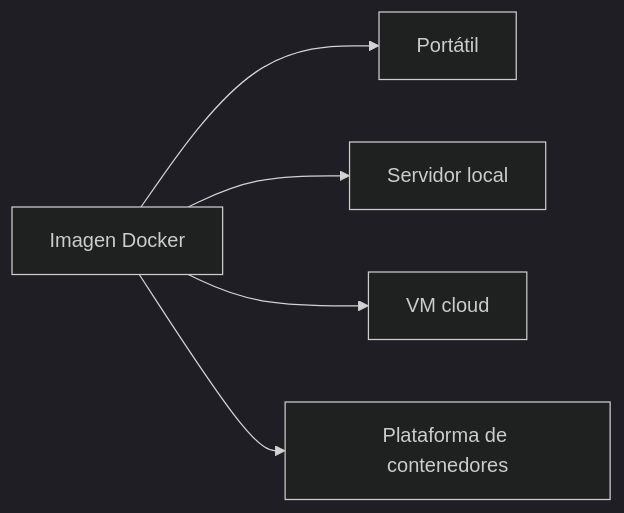
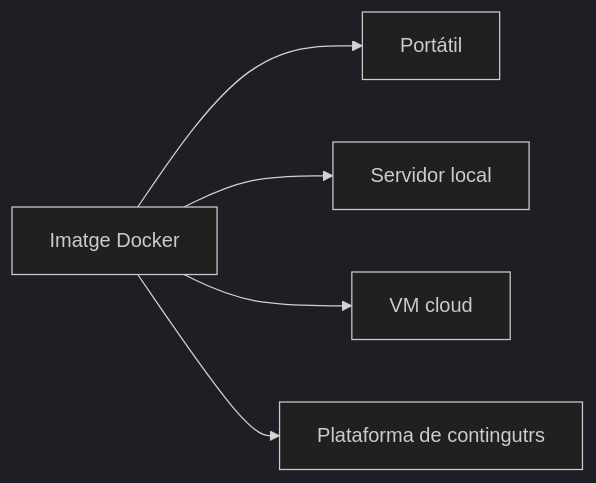
Before and after one commit to jordicido/jordicina: the eighth of 12 diagrams in docs/daw-daw/up3/09-virtualizacion-contenedores-nube.md, drawn with Mermaid (dark theme). The commit also changed other lines of this file and 10 other files, not shown here.

````diff
--- a/docs/daw-daw/up3/09-virtualizacion-contenedores-nube.md
+++ b/docs/daw-daw/up3/09-virtualizacion-contenedores-nube.md
@@ -490,7 +490,7 @@
 ```mermaid
 flowchart LR
-    I["Imagen Docker"] --> L["Portátil"]
+    I["Imatge Docker"] --> L["Portátil"]
     I --> S["Servidor local"]
     I --> V["VM cloud"]
-    I --> P["Plataforma de contenedores"]
+    I --> P["Plataforma de contingutrs"]
 ```
````
